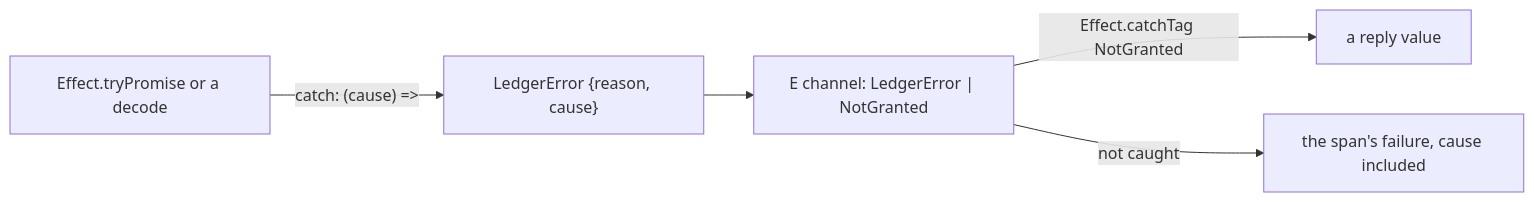
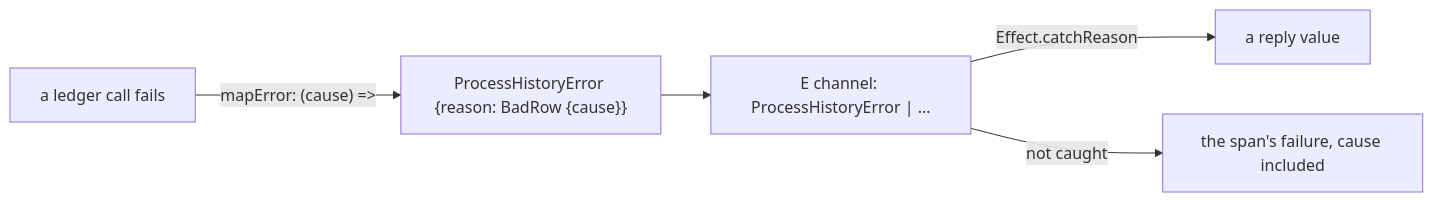
One commit to kamp-us/tea-fabrika changed the diagram in .patterns/effect-errors-keep-their-cause.md. Above: the diagram before and after it, drawn with Mermaid. The commit also changed other lines of this file and 3 other files, not shown here.

First line of the commit message:
decision 0568: in next/ and our tooling, an error's cause follows the Effect library's own form

````diff
--- a/.patterns/effect-errors-keep-their-cause.md
+++ b/.patterns/effect-errors-keep-their-cause.md
@@ -8,7 +8,7 @@
 ```mermaid
 flowchart LR
-  call["Effect.tryPromise or a decode"] -- "catch: (cause) =>" --> error["LedgerError {reason, cause}"]
-  error --> union["E channel: LedgerError | NotGranted"]
-  union -- "Effect.catchTag NotGranted" --> reply["a reply value"]
+  call["a ledger call fails"] -- "mapError: (cause) =>" --> error["ProcessHistoryError {reason: BadRow {cause}}"]
+  error --> union["E channel: ProcessHistoryError | ..."]
+  union -- "Effect.catchReason" --> reply["a reply value"]
   union -- "not caught" --> span["the span's failure, cause included"]
 ```
````
